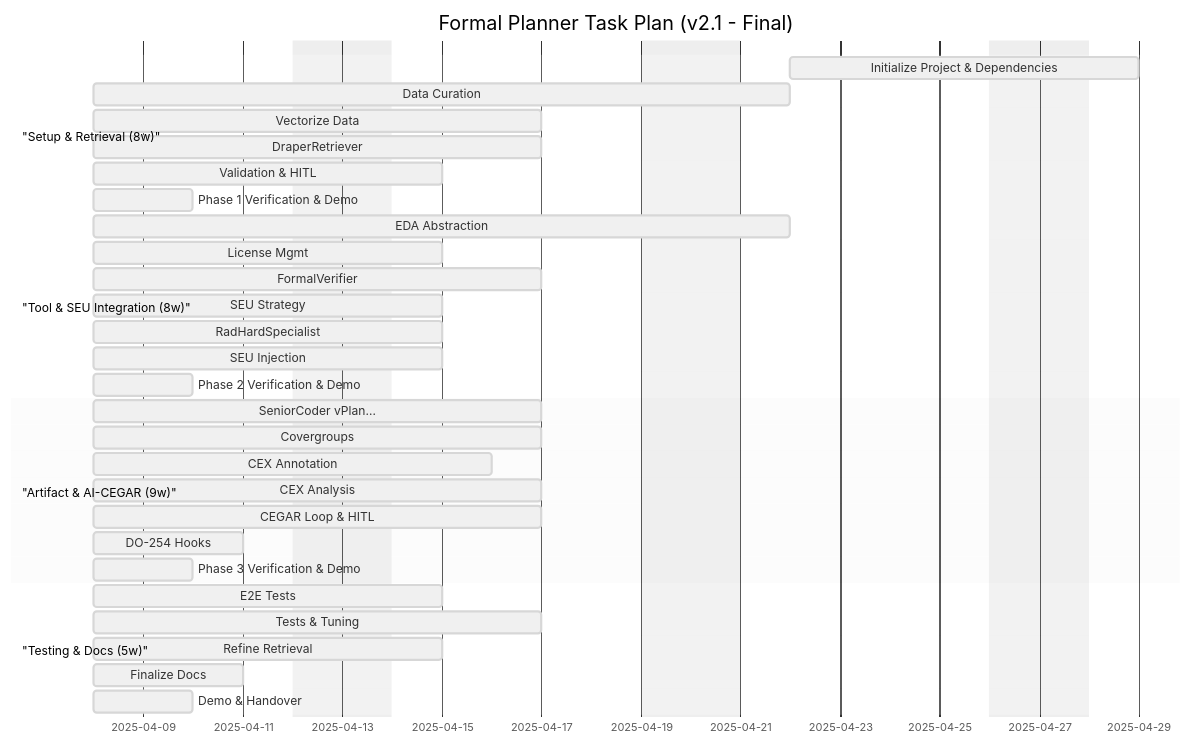
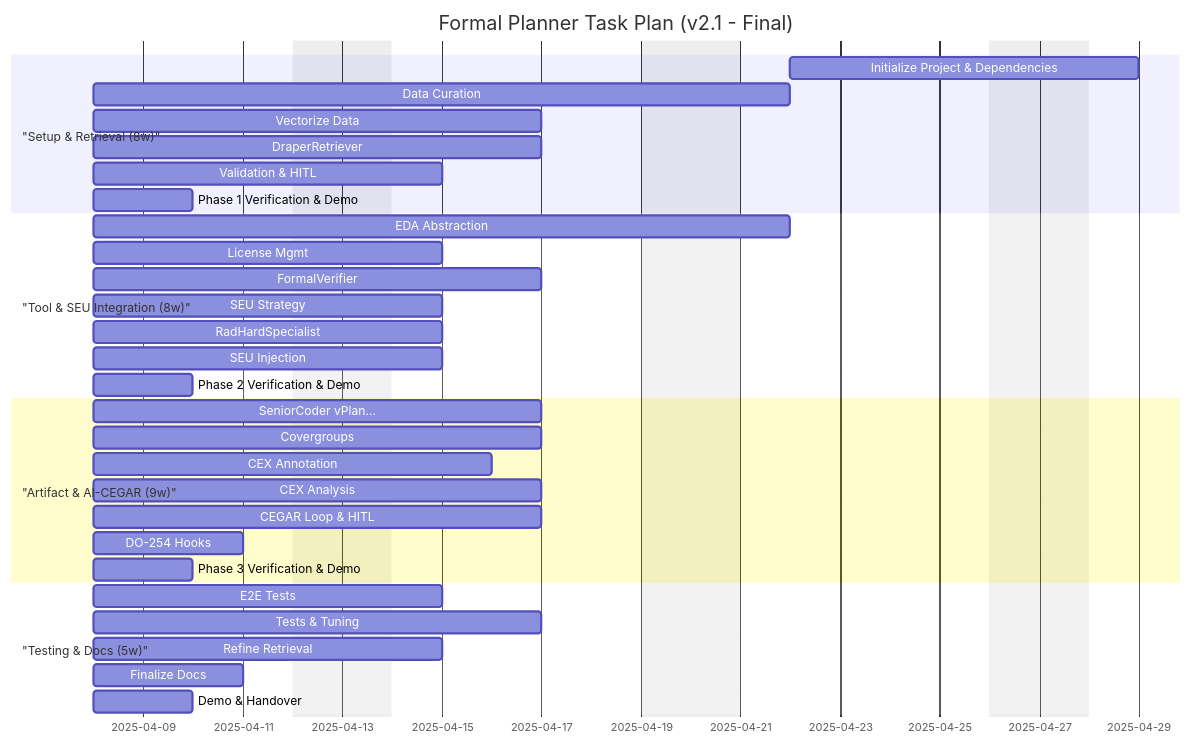
Before and after one commit to grahama1970/draper: the diagram in draper_formal_planner/README.md, drawn with Mermaid. The commit also changed 82 other files, not shown here.

````diff
--- a/draper_formal_planner/README.md
+++ b/draper_formal_planner/README.md
@@ -59,40 +59,60 @@
 ```mermaid
-%%{init: {'theme': 'base', 'themeVariables': { 'primaryColor': '#f0f0f0'}}}%%
+%%{init: { 'theme': 'base', 'themeVariables': {
+  'fontFamily': '"Gotham", "Mulish", sans-serif',
+  'primaryColor': '#F6F4EE',
+  'primaryTextColor': '#10181F',
+  'lineColor': '#10181F',
+  'secondaryColor': '#dcdcdc',
+  'tertiaryColor': '#555',
+  'gantt': {
+    'sectionTextColor': '#10181F',
+    'taskTextColor': '#10181F',
+    'taskBorderColor': '#10181F',
+    'taskBkgColor': '#F6F4EE',
+    'activeTaskBkgColor': '#dcdcdc',
+    'activeTaskBorderColor': '#10181F',
+    'doneTaskBkgColor': '#555',
+    'doneTaskBorderColor': '#10181F',
+    'critTaskBkgColor': '#FF4611',
+    'critTaskBorderColor': '#10181F',
+    'gridColor': '#dcdcdc'
+  }
+}}}%%
 gantt
     dateFormat  YYYY-MM-DD
     title       Formal Planner Task Plan (v2.1 - Final)
     excludes    weekends
 
     section "Setup & Retrieval (8w)"
     Initialize Project & Dependencies          :2025-04-22, 5d
     Data Curation                             :after P1T1, 10d
     Vectorize Data                           :after P1T2, 7d
     DraperRetriever                          :after P1T3, 7d
     Validation & HITL                       :after P1T4, 5d
     Phase 1 Verification & Demo              :after P1T5, 2d
 
     section "Tool & SEU Integration (8w)"
     EDA Abstraction                          :after P1T6, 10d
     License Mgmt                             :after P2T1, 5d
     FormalVerifier                           :after P2T1, 7d
     SEU Strategy                             :after P1T6, 5d
     RadHardSpecialist                        :after P2T4, 5d
     SEU Injection                            :after P2T5, 5d
     Phase 2 Verification & Demo              :after P2T6, 2d
 
     section "Artifact & AI-CEGAR (9w)"
     SeniorCoder vPlan…                      :after P2T7, 7d
     Covergroups                              :after P3T1, 7d
     CEX Annotation                           :after P2T7, 6d
     CEX Analysis                             :after P3T3, 7d
     CEGAR Loop & HITL                       :after P3T4, 7d
     DO-254 Hooks                            :after P3T5, 3d
     Phase 3 Verification & Demo              :after P3T6, 2d
 
     section "Testing & Docs (5w)"
     E2E Tests                                :after P3T7, 5d
     Tests & Tuning                          :after P4T1, 7d
     Refine Retrieval                         :after P4T2, 5d
     Finalize Docs                            :after P4T3, 3d
     Demo & Handover                         :after P4T4, 2d
 ```
````
